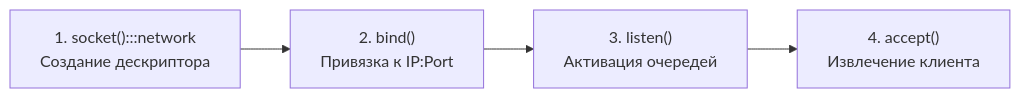
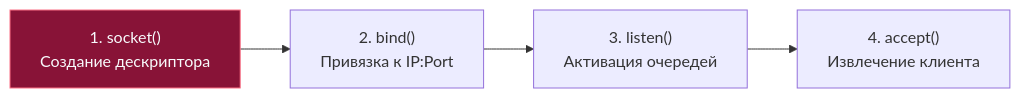
One commit to UnrealTemplier/go-textbook-ru changed the second of 4 diagrams in sources/2. Устройство и работа ОС/48. Socket API и жизненный цикл TCP-соединения.md. Above: the diagram before and after it, drawn with Mermaid. The commit also changed 40 other files, not shown here.

First line of the commit message:
fix(mermaid): move :::class out of 48 quoted node labels

````diff
--- a/sources/2. Устройство и работа ОС/48. Socket API и жизненный цикл TCP-соединения.md
+++ b/sources/2. Устройство и работа ОС/48. Socket API и жизненный цикл TCP-соединения.md
@@ -58,20 +58,20 @@
 ```mermaid
 flowchart LR
     classDef process  fill:#1e293b,stroke:#38bdf8,stroke-width:1px,color:#f8fafc
     classDef success  fill:#064e3b,stroke:#34d399,stroke-width:1px,color:#f8fafc
     classDef error    fill:#7f1d1d,stroke:#f87171,stroke-width:1px,color:#f8fafc
     classDef warning  fill:#78350f,stroke:#fbbf24,stroke-width:1px,color:#f8fafc
     classDef entry    fill:#1e3a5f,stroke:#38bdf8,stroke-width:2px,color:#f8fafc
     classDef aux      fill:#334155,stroke:#64748b,stroke-width:1px,color:#f8fafc
     classDef system   fill:#312e81,stroke:#a78bfa,stroke-width:1px,color:#f8fafc
     classDef data     fill:#132d29,stroke:#2dd4bf,stroke-width:1px,color:#f8fafc
     classDef network  fill:#881337,stroke:#fb7185,stroke-width:1px,color:#f8fafc
     classDef accent   fill:#1e1b4b,stroke:#818cf8,stroke-width:1px,color:#f8fafc
-    S1["1. socket():::network
-Создание дескриптора"] --> S2["2. bind()
+    S1["1. socket()
+Создание дескриптора"]:::network --> S2["2. bind()
 Привязка к IP:Port"]
     S2 --> S3["3. listen()
 Активация очередей"]
     S3 --> S4["4. accept()
 Извлечение клиента"]
 ```
````
